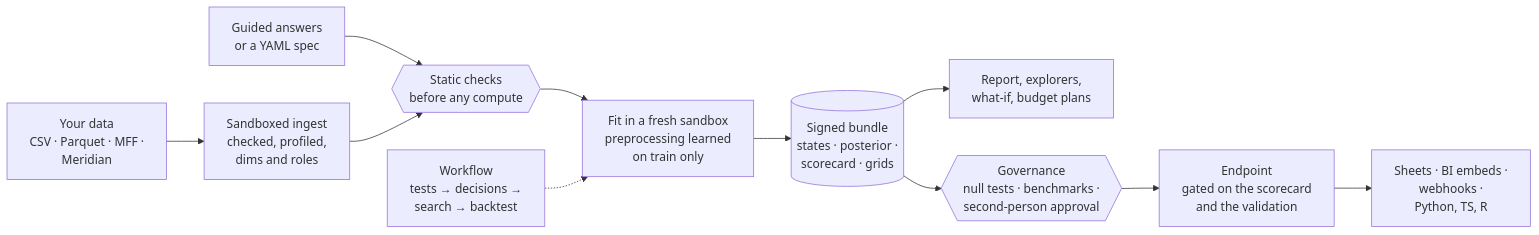
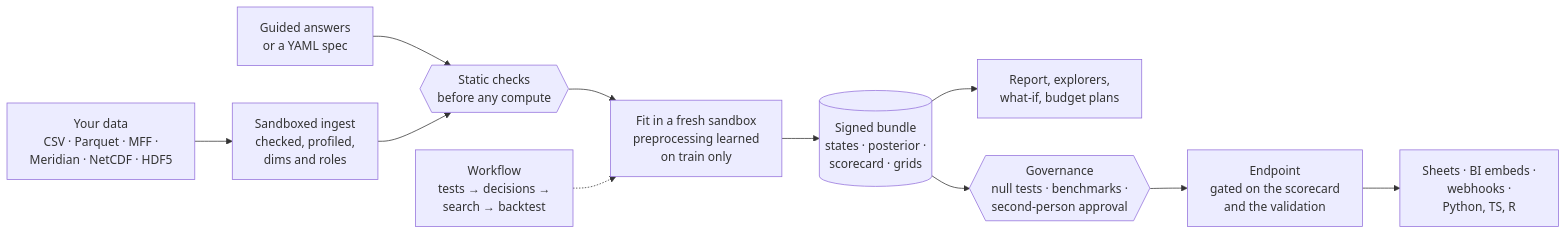
Before and after one commit to redam94/modeling-api: the first of 2 diagrams in docs/index.md, drawn with Mermaid. The commit also changed other lines of this file and 2 other files, not shown here.

````diff
--- a/docs/index.md
+++ b/docs/index.md
@@ -102,13 +114,13 @@
 ```mermaid
 flowchart LR
-    D["Your data<br/>CSV · Parquet · MFF ·<br/>Meridian"] --> I["Sandboxed ingest<br/>checked, profiled,<br/>dims and roles"]
+    D["Your data<br/>CSV · Parquet · MFF ·<br/>Meridian · NetCDF · HDF5"] --> I["Sandboxed ingest<br/>checked, profiled,<br/>dims and roles"]
     Q["Guided answers<br/>or a YAML spec"] --> V{{"Static checks<br/>before any compute"}}
     I --> V
     V --> F["Fit in a fresh sandbox<br/>preprocessing learned<br/>on train only"]
     F --> B[("Signed bundle<br/>states · posterior ·<br/>scorecard · grids")]
     W["Workflow<br/>tests → decisions →<br/>search → backtest"] -.-> F
     B --> R["Report, explorers,<br/>what-if, budget plans"]
     B --> G{{"Governance<br/>null tests · benchmarks ·<br/>second-person approval"}}
     G --> E["Endpoint<br/>gated on the scorecard<br/>and the validation"]
     E --> S["Sheets · BI embeds ·<br/>webhooks ·<br/>Python, TS, R"]
 ```
````
